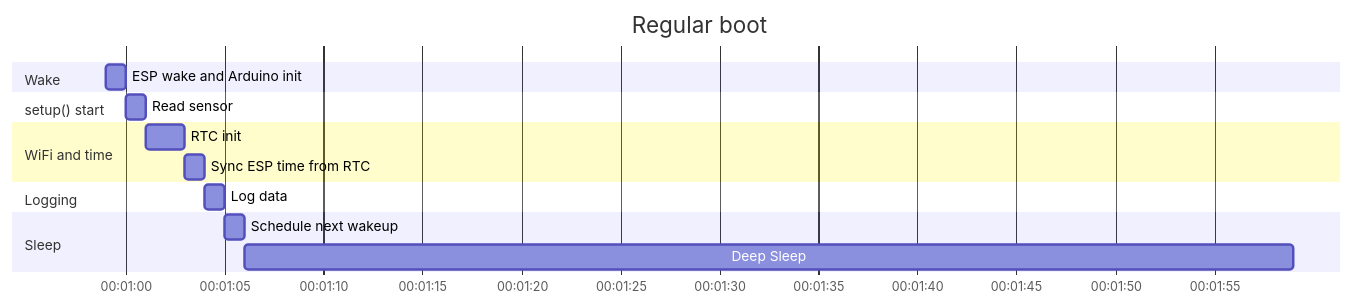
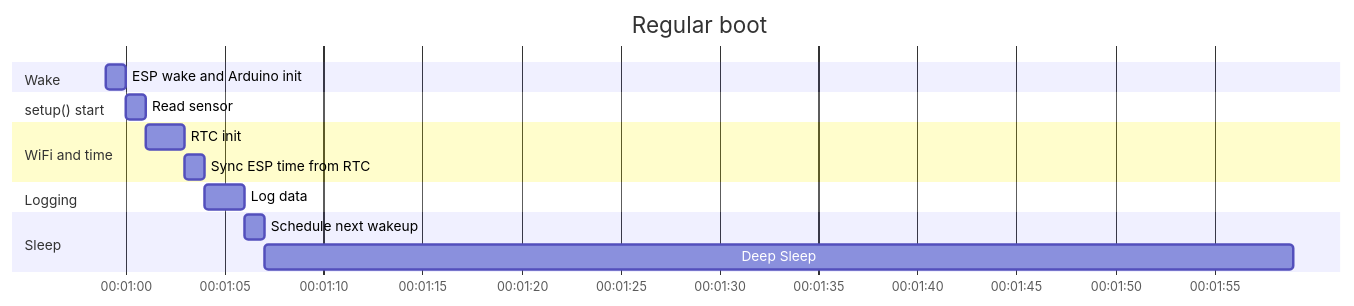
One commit to hamk-uas/esp32c3-arduino-sensor-iot-skeleton changed the second of 4 diagrams in README.md. Above: the diagram before and after it, drawn with Mermaid. The commit also changed other lines of this file and 2 other files, not shown here.

Commit message:
Add data logging to ThingSpeak

````diff
--- a/README.md
+++ b/README.md
@@ -113,24 +140,24 @@
 ```mermaid
 gantt
     title Regular boot
 
     dateFormat ms
     axisFormat 00:%M:%S
 
     section Wake
     ESP wake and Arduino init   :wake, 2026-01-01T00:00:59, 1s
 
     section setup() start
     Read sensor                      :sensor, after wake, 1s
 
     section WiFi and time
     RTC init                         :rtc, after sensor, 2s
     Sync ESP time from RTC           :espsync, after rtc, 1s
 
     section Logging
-    Log data                         :log, after espsync, 1s
+    Log data                         :log, after espsync, 2s
 
     section Sleep
     Schedule next wakeup             :sleepcalc, after log, 1s
-    Deep Sleep                       :sleep, after sleepcalc, 53s
+    Deep Sleep                       :sleep, after sleepcalc, 52s
 ```
````
